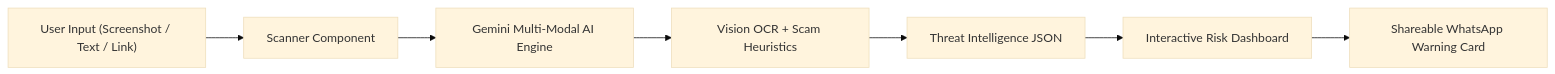
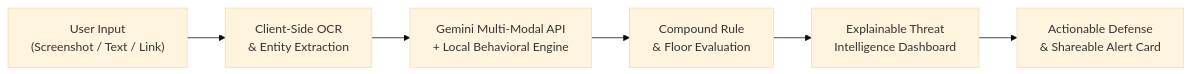
Before and after one commit to Jitesh-bash/hack: the diagram in README.md, drawn with Mermaid (base theme). The commit also changed other lines of this file and 9 other files, not shown here.

````diff
--- a/README.md
+++ b/README.md
@@ -34,9 +57,8 @@
 ```mermaid
 flowchart LR
-    A["User Input (Screenshot / Text / Link)"] --> B["Scanner Component"]
-    B --> C["Gemini Multi-Modal AI Engine"]
-    C --> D["Vision OCR + Scam Heuristics"]
-    D --> E["Threat Intelligence JSON"]
-    E --> F["Interactive Risk Dashboard"]
-    F --> G["Shareable WhatsApp Warning Card"]
+    A["User Input\n(Screenshot / Text / Link)"] --> B["Client-Side OCR\n& Entity Extraction"]
+    B --> C["Gemini Multi-Modal API\n+ Local Behavioral Engine"]
+    C --> D["Compound Rule\n& Floor Evaluation"]
+    D --> E["Explainable Threat\nIntelligence Dashboard"]
+    E --> F["Actionable Defense\n& Shareable Alert Card"]
 ```
````
